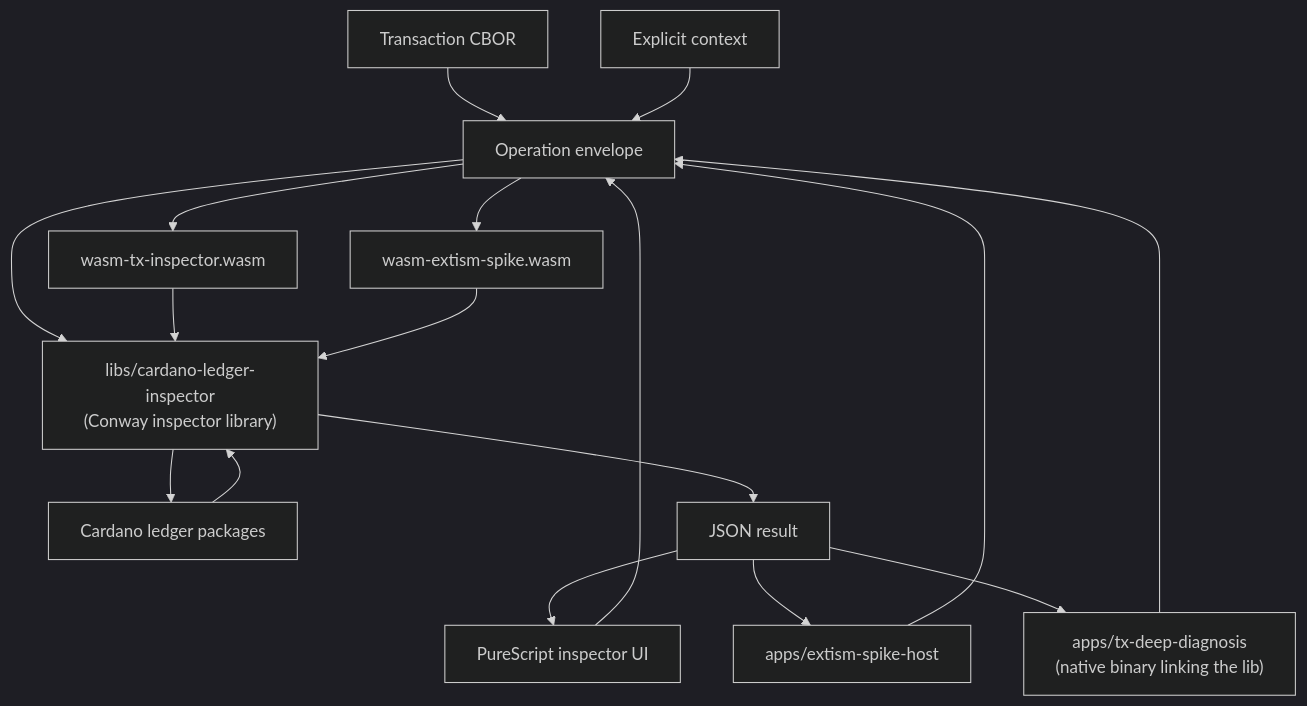
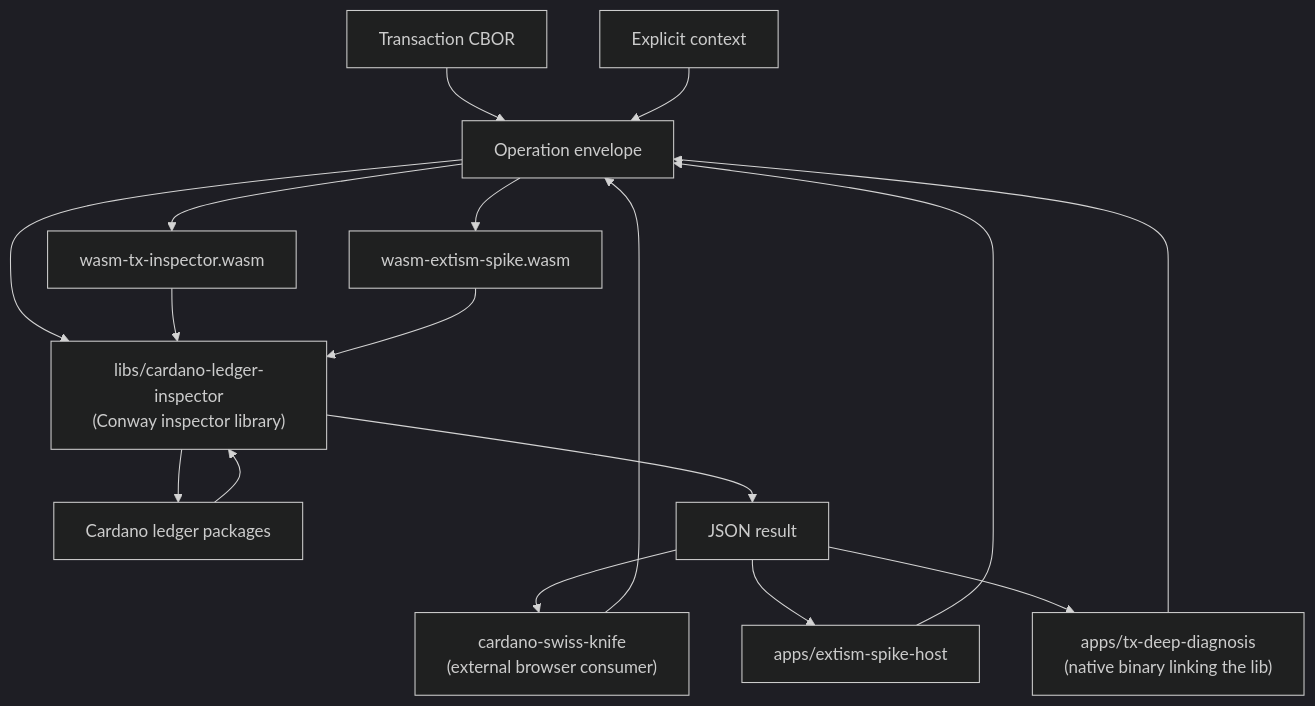
The first of 2 diagrams in gh-docs/architecture.md (lambdasistemi/cardano-ledger-inspector), drawn with Mermaid (dark theme) before and after one commit. The commit also changed other lines of this file and 71 other files, not shown here.

````diff
--- a/gh-docs/architecture.md
+++ b/gh-docs/architecture.md
@@ -7,31 +9,31 @@
 ```mermaid
 flowchart TB
   Tx[Transaction CBOR]
   Context[Explicit context]
   Envelope[Operation envelope]
   Inspector["libs/cardano-ledger-inspector<br/>(Conway inspector library)"]
   WASI[wasm-tx-inspector.wasm]
   Extism[wasm-extism-spike.wasm]
   Native["apps/tx-deep-diagnosis<br/>(native binary linking the lib)"]
-  UI[PureScript inspector UI]
+  CSK["cardano-swiss-knife<br/>(external browser consumer)"]
   ExtHost[apps/extism-spike-host]
   Ledger[Cardano ledger packages]
   JSON[JSON result]
 
   Tx --> Envelope
   Context --> Envelope
-  UI --> Envelope
+  CSK --> Envelope
   ExtHost --> Envelope
   Native --> Envelope
   Envelope --> WASI
   Envelope --> Extism
   Envelope --> Inspector
   WASI --> Inspector
   Extism --> Inspector
   Inspector --> Ledger
   Ledger --> Inspector
   Inspector --> JSON
-  JSON --> UI
+  JSON --> CSK
   JSON --> ExtHost
   JSON --> Native
 ```
````
